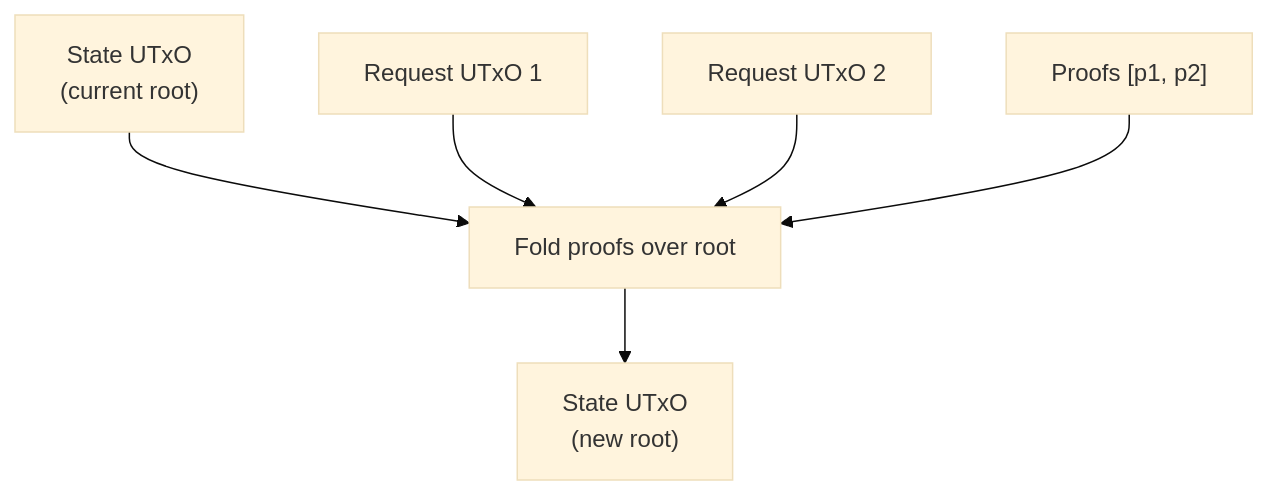
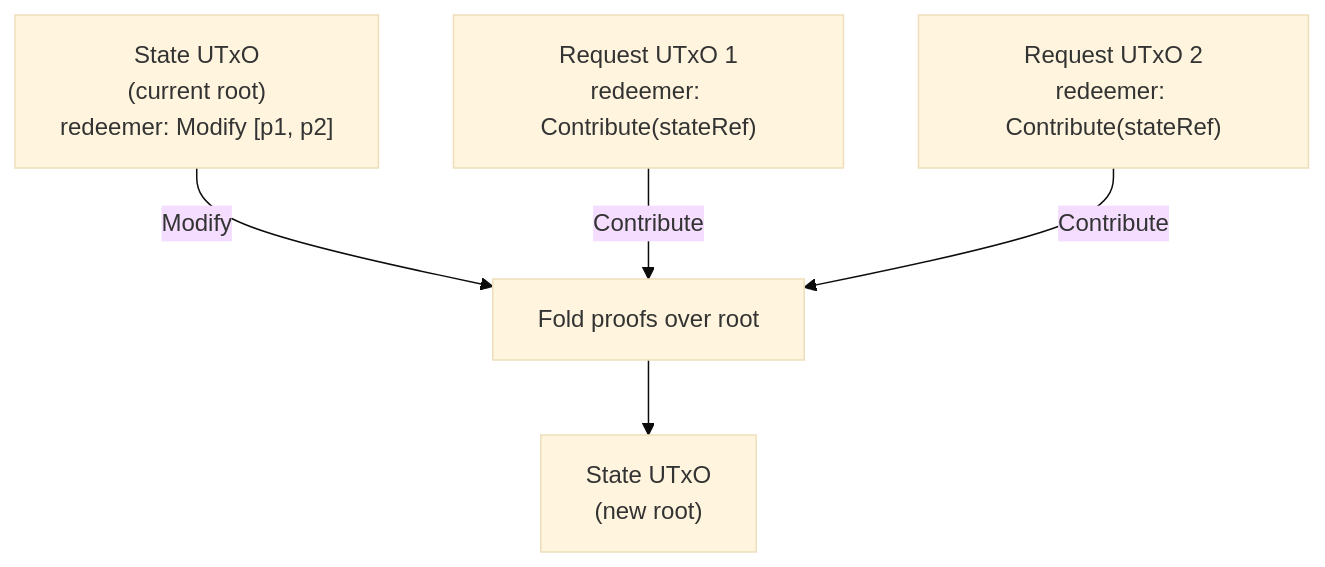
The second of 2 diagrams in docs/architecture/validators.md (cardano-foundation/cardano-mpfs-onchain), drawn with Mermaid (base theme) before and after one commit. The commit also changed other lines of this file and 3 other files, not shown here.

````diff
--- a/docs/architecture/validators.md
+++ b/docs/architecture/validators.md
@@ -66,15 +66,13 @@
 ```mermaid
 graph TD
-    STATE_IN["State UTxO<br/>(current root)"]
-    REQ1["Request UTxO 1"]
-    REQ2["Request UTxO 2"]
-    PROOFS["Proofs [p1, p2]"]
+    STATE_IN["State UTxO<br/>(current root)<br/>redeemer: Modify [p1, p2]"]
+    REQ1["Request UTxO 1<br/>redeemer: Contribute(stateRef)"]
+    REQ2["Request UTxO 2<br/>redeemer: Contribute(stateRef)"]
     FOLD["Fold proofs over root"]
     STATE_OUT["State UTxO<br/>(new root)"]
 
-    STATE_IN --> FOLD
-    REQ1 --> FOLD
-    REQ2 --> FOLD
-    PROOFS --> FOLD
+    STATE_IN -->|Modify| FOLD
+    REQ1 -->|Contribute| FOLD
+    REQ2 -->|Contribute| FOLD
     FOLD --> STATE_OUT
 ```
````
